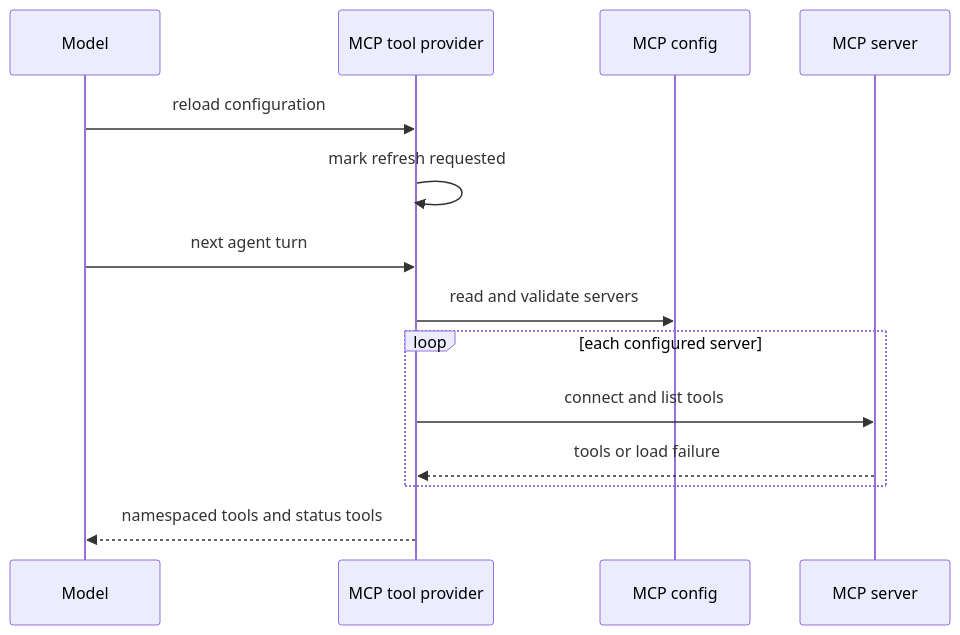
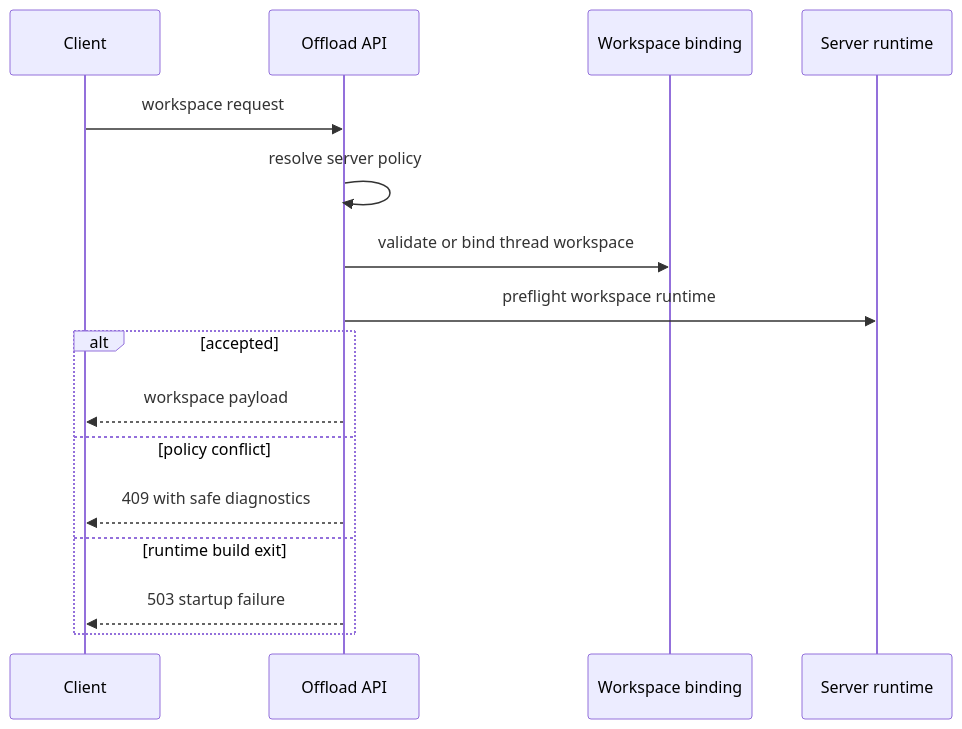
One commit to langchain-ai/deepagents changed the second of 2 diagrams in openwiki/testing/testing-guide.md. Above: the diagram before and after it, drawn with Mermaid. The commit also changed other lines of this file and 34 other files, not shown here.

````diff
--- a/openwiki/testing/testing-guide.md
+++ b/openwiki/testing/testing-guide.md
@@ -272,16 +108,18 @@
 ```mermaid
 sequenceDiagram
-    participant Model
-    participant Provider as MCP tool provider
-    participant Config as MCP config
-    participant Server as MCP server
-    Model->>Provider: reload configuration
-    Provider->>Provider: mark refresh requested
-    Model->>Provider: next agent turn
-    Provider->>Config: read and validate servers
-    loop each configured server
-        Provider->>Server: connect and list tools
-        Server-->>Provider: tools or load failure
+    participant Client
+    participant API as Offload API
+    participant Binding as Workspace binding
+    participant Runtime as Server runtime
+    Client->>API: workspace request
+    API->>API: resolve server policy
+    API->>Binding: validate or bind thread workspace
+    API->>Runtime: preflight workspace runtime
+    alt accepted
+        API-->>Client: workspace payload
+    else policy conflict
+        API-->>Client: 409 with safe diagnostics
+    else runtime build exit
+        API-->>Client: 503 startup failure
     end
-    Provider-->>Model: namespaced tools and status tools
 ```
````
